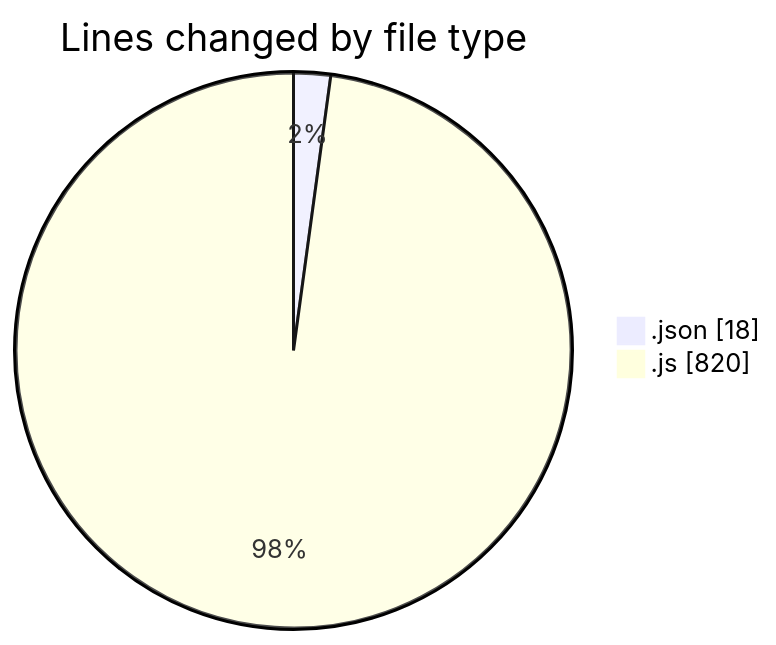
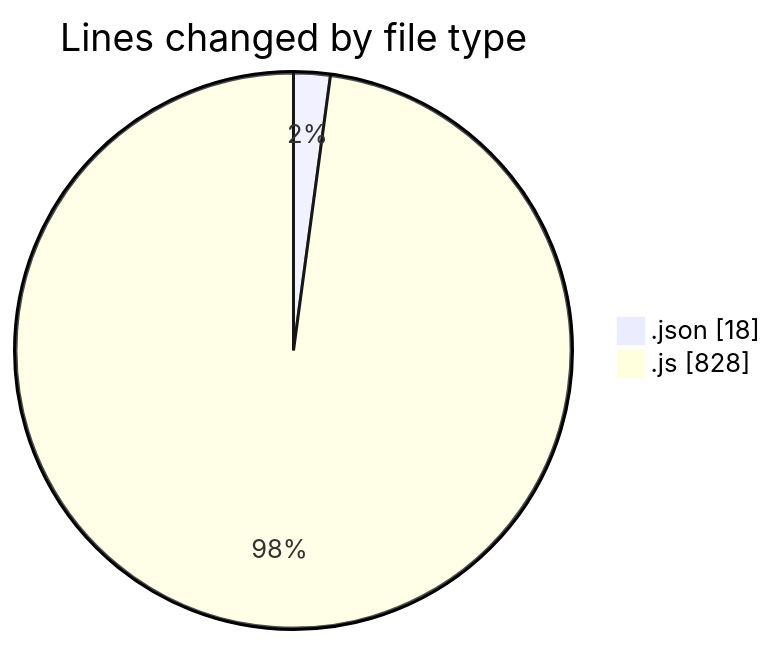
Before and after one commit to BS-eng2023/code-tracking: the first of 2 diagrams in 2025-04-01/jsvms/README.md, drawn with Mermaid. The commit also changed other lines of this file and 1 other file, not shown here.

````diff
--- a/2025-04-01/jsvms/README.md
+++ b/2025-04-01/jsvms/README.md
@@ -31,6 +31,6 @@
 ```mermaid
 pie showData
 title Lines changed by file type
 ".json" : 18
-".js" : 820
+".js" : 828
 ```
````
